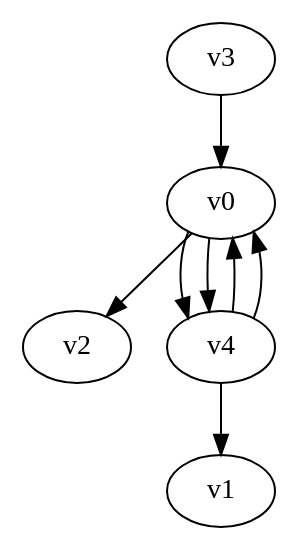
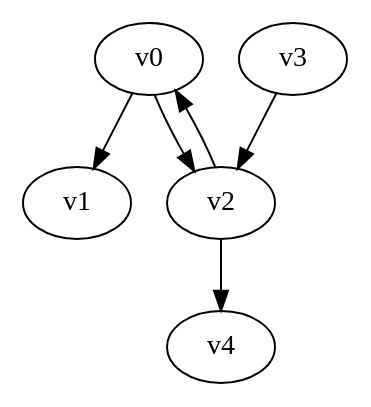
Before and after one commit to yadej/graph_project: the diagram in digraph.dot, drawn with Graphviz. The commit also changed 4 other files, not shown here.

```diff
--- a/digraph.dot
+++ b/digraph.dot
@@ -1,9 +1,7 @@
 digraph G { 
+v0 -> v1;
 v0 -> v2;
-v0 -> v4;
-v0 -> v4;
-v3 -> v0;
-v4 -> v0;
-v4 -> v0;
-v4 -> v1;
+v2 -> v0;
+v2 -> v4;
+v3 -> v2;
 }
```
